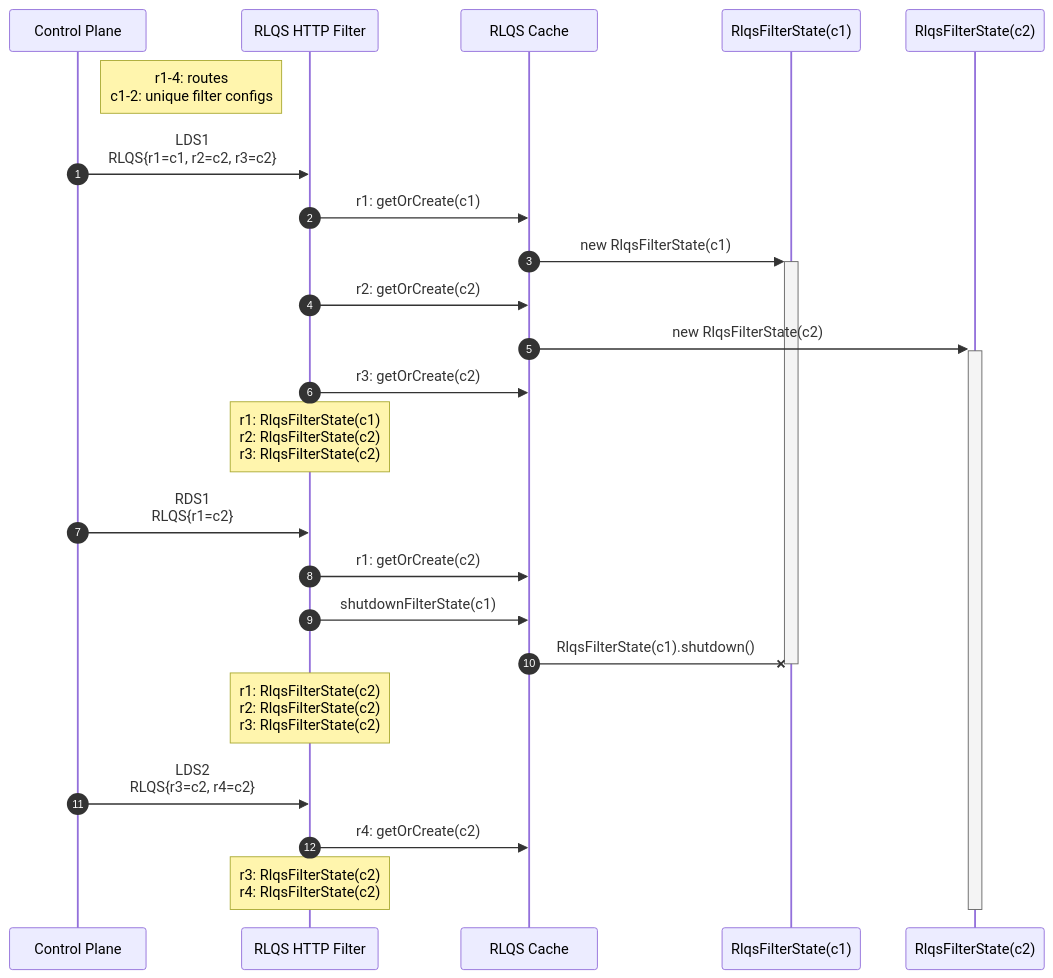
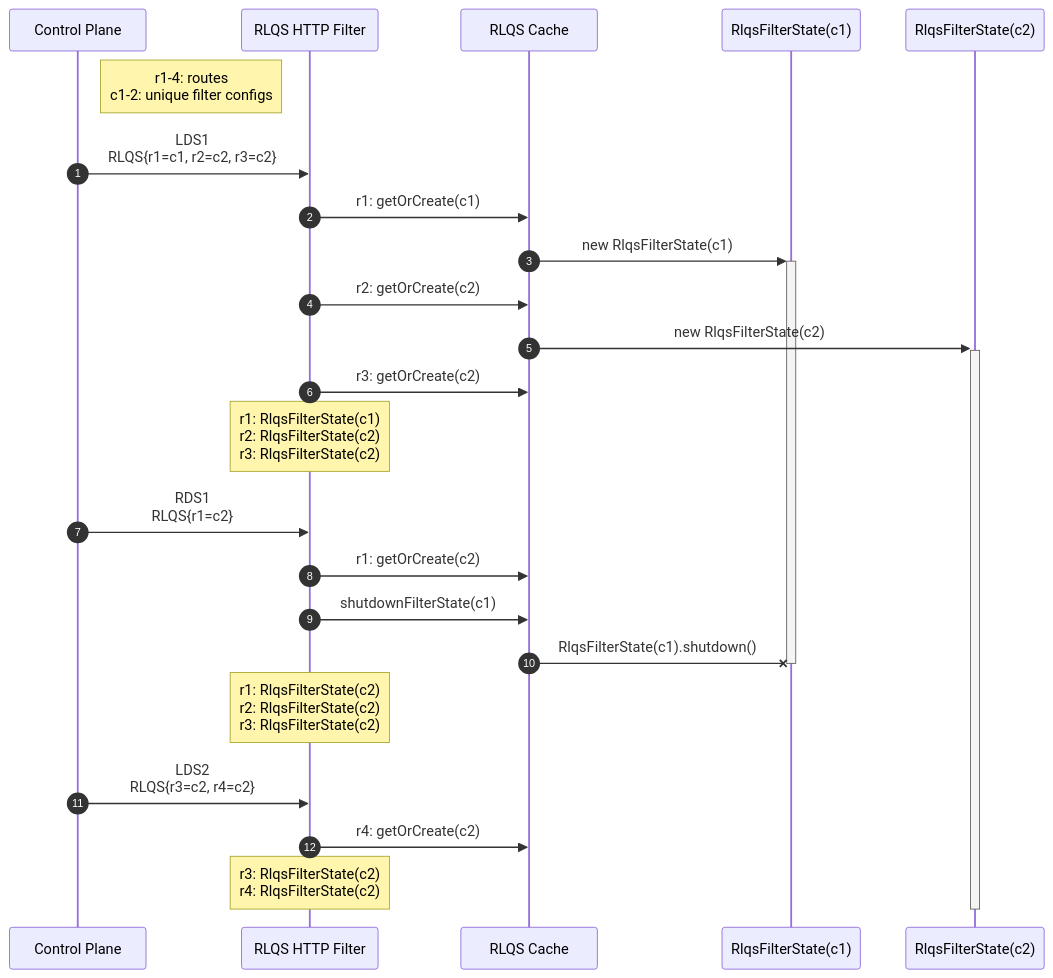
The second of 2 diagrams in A77-xds-rate-limiting-rlqs.md (sergiitk/grfc-proposal), drawn with Mermaid before and after one commit.

Commit message:
reset normal margins

````diff
--- a/A77-xds-rate-limiting-rlqs.md
+++ b/A77-xds-rate-limiting-rlqs.md
@@ -302,52 +302,49 @@
 ```mermaid
 ---
 config:
   sequence:
     showSequenceNumbers: true
     height: 46
-    activationWidth: 15
-    diagramMarginX: 5
-    diagramMarginY: 5
 ---
 sequenceDiagram
 
-%% gRFC: RLQS Filter Cache Lifecycle v1.1
+%% gRFC: RLQS Filter Cache Lifecycle v1.2
 
 participant td as Control Plane
 participant filter as RLQS HTTP Filter
 participant cache as RLQS Cache
 participant e1 as RlqsFilterState(c1)
 participant e2 as RlqsFilterState(c2)
 
 # Notes
 Note right of td: r1-4: routes <br />c1-2: unique filter configs
 
 %% LDS 1
 td->>filter: LDS1<br />RLQS{r1=c1, r2=c2, r3=c2}
 
 filter->>cache: r1: getOrCreate(c1)
 cache->>+e1: new RlqsFilterState(c1)
 
 filter->>cache: r2: getOrCreate(c2)
 cache->>+e2: new RlqsFilterState(c2)
 
 filter->>cache: r3: getOrCreate(c2)
 Note over filter: r1: RlqsFilterState(c1)<br/>r2: RlqsFilterState(c2)<br/>r3: RlqsFilterState(c2)
 
 %% RDS 1
 td->>filter: RDS1<br />RLQS{r1=c2}
 filter->>cache: r1: getOrCreate(c2)
 filter->>cache: shutdownFilterState(c1)
 cache-xe1: RlqsFilterState(c1).shutdown()
 deactivate e1
 Note over filter: r1: RlqsFilterState(c2)<br/>r2: RlqsFilterState(c2)<br/>r3: RlqsFilterState(c2)
 
 
 %% LDS 2
 td->>filter: LDS2<br />RLQS{r3=c2, r4=c2}
 filter->>cache: r4: getOrCreate(c2)
 Note over filter: r3: RlqsFilterState(c2)<br/>r4: RlqsFilterState(c2)
 
 %% End
 deactivate e2
 ```
````
